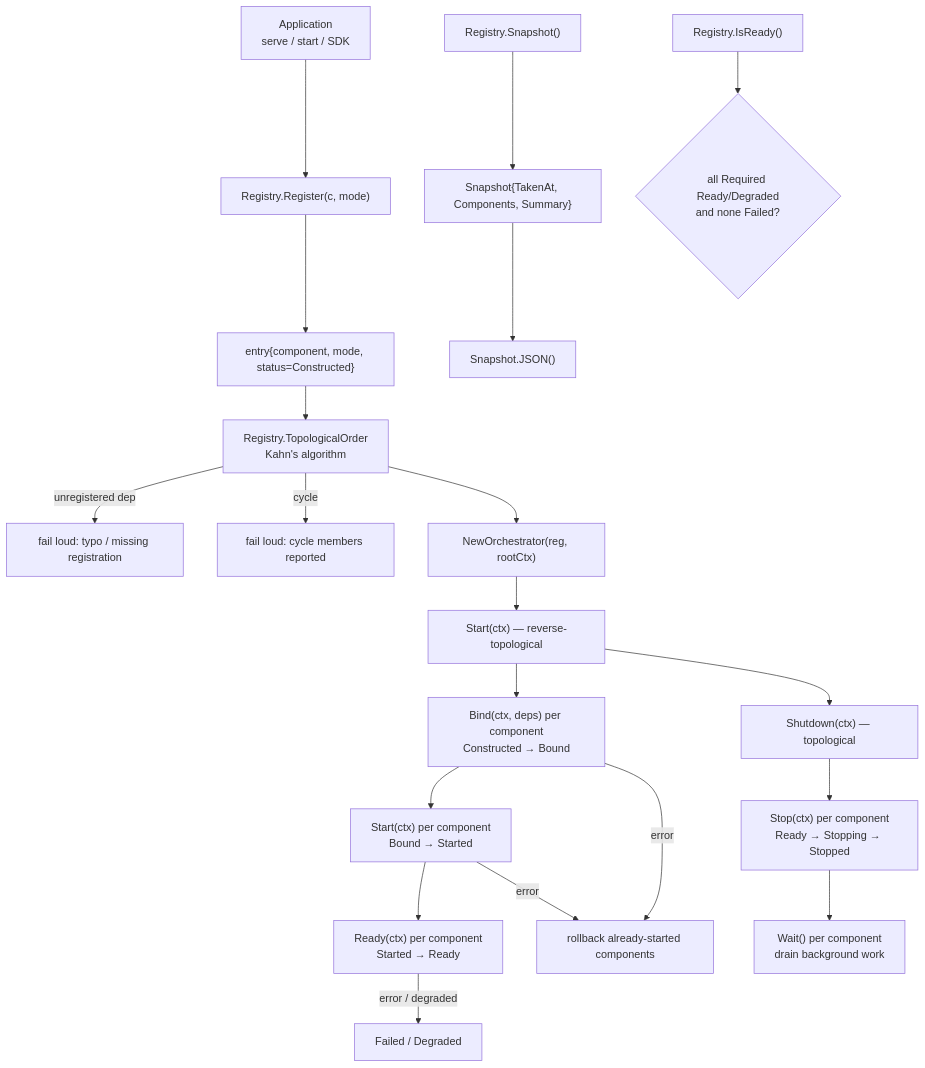
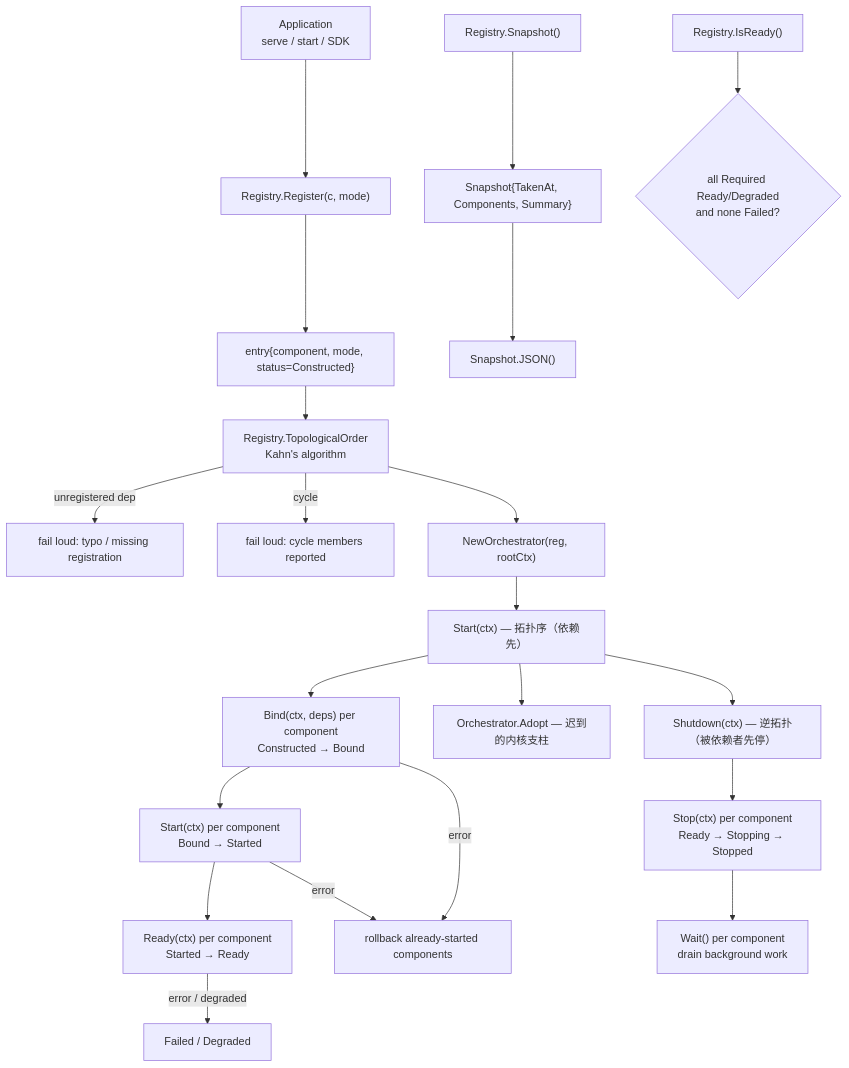
Before and after one commit to Timwood0x10/ARES_Docs: the first of 2 diagrams in content/modules/system_runtime.zh.md, drawn with Mermaid. The commit also changed other lines of this file and 75 other files, not shown here.

Commit message:
docs(architecture): Update runtime layering and ARES Kernel documentation

````diff
--- a/content/modules/system_runtime.zh.md
+++ b/content/modules/system_runtime.zh.md
@@ -42,22 +48,23 @@
 ```mermaid
 flowchart TD
     APP["Application<br/>serve / start / SDK"] --> RG["Registry.Register(c, mode)"]
     RG --> EN["entry{component, mode, status=Constructed}"]
     EN --> ORD["Registry.TopologicalOrder<br/>Kahn's algorithm"]
     ORD -- unregistered dep --> L1["fail loud: typo / missing registration"]
     ORD -- cycle --> L2["fail loud: cycle members reported"]
     ORD --> ORC["NewOrchestrator(reg, rootCtx)"]
-    ORC --> UP["Start(ctx) — reverse-topological"]
+    ORC --> UP["Start(ctx) — 拓扑序（依赖先）"]
     UP --> BND["Bind(ctx, deps) per component<br/>Constructed → Bound"]
     BND --> STR["Start(ctx) per component<br/>Bound → Started"]
     STR --> RDY["Ready(ctx) per component<br/>Started → Ready"]
     RDY -- error / degraded --> FL["Failed / Degraded"]
     BND -- error --> RB["rollback already-started components"]
     STR -- error --> RB
-    UP --> SHD["Shutdown(ctx) — topological"]
+    UP --> LATE["Orchestrator.Adopt — 迟到的内核支柱"]
+    UP --> SHD["Shutdown(ctx) — 逆拓扑（被依赖者先停）"]
     SHD --> STP["Stop(ctx) per component<br/>Ready → Stopping → Stopped"]
     STP --> WTR["Wait() per component<br/>drain background work"]
     SNAP["Registry.Snapshot()"] --> S["Snapshot{TakenAt, Components, Summary}"]
     S --> J["Snapshot.JSON()"]
     ISR["Registry.IsReady()"] --> CHK{"all Required Ready/Degraded<br/>and none Failed?"}
 ```
````
